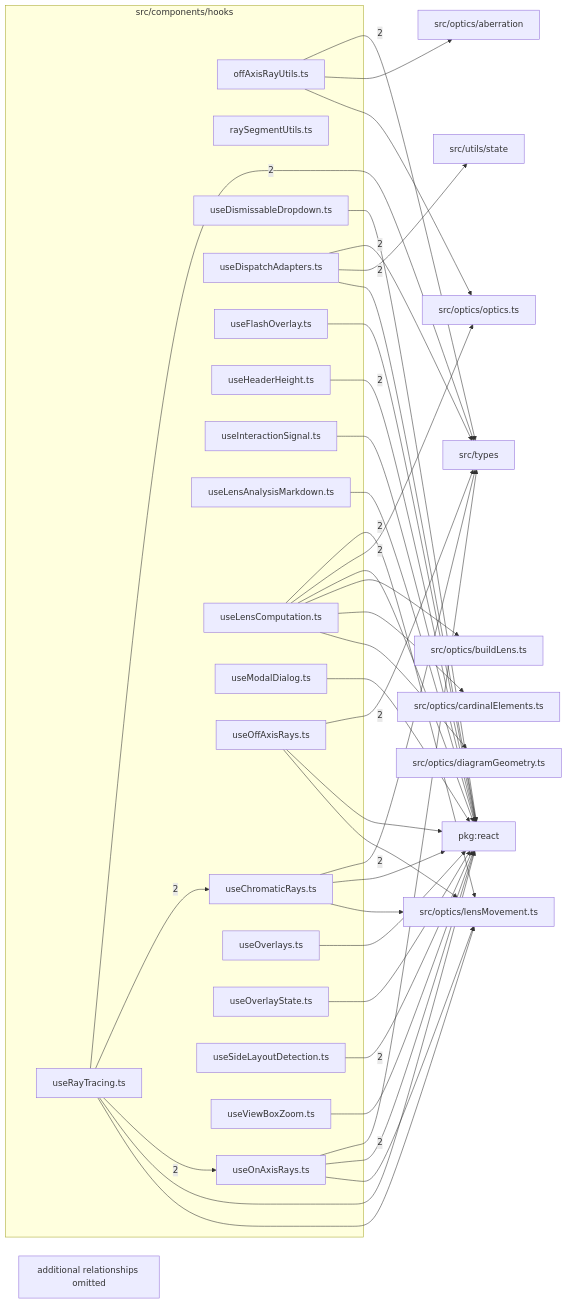
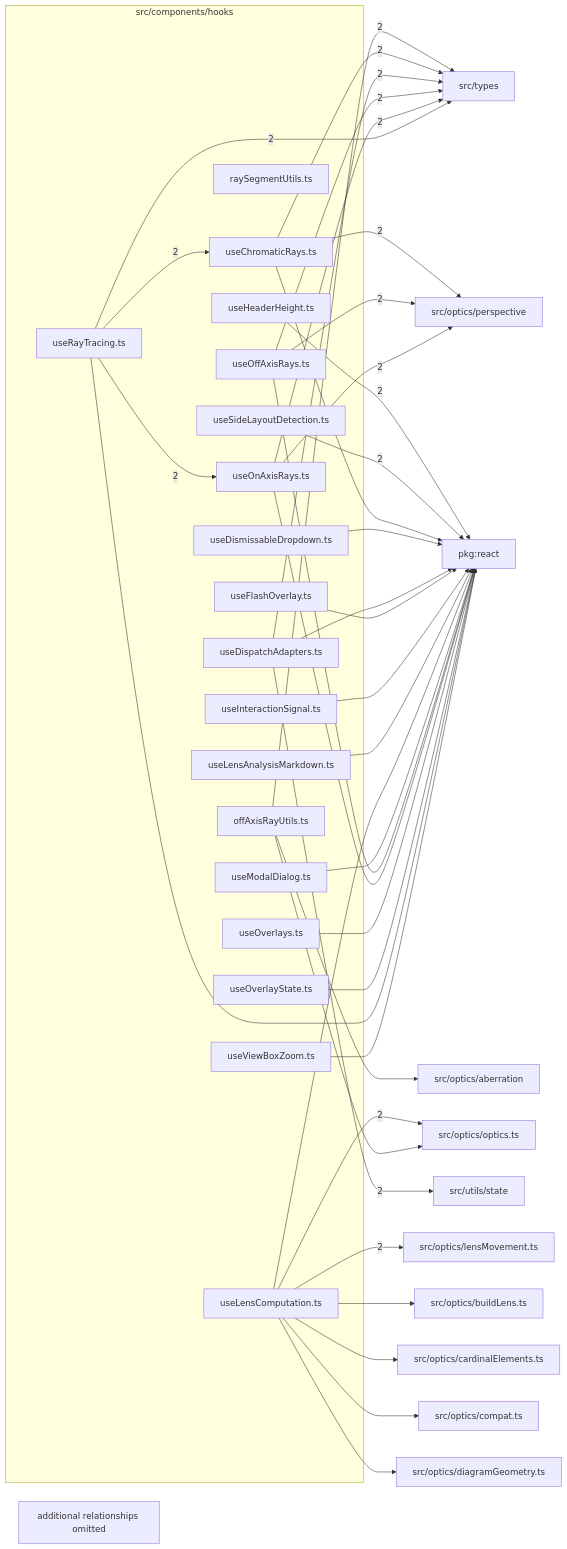
The diagram in src/components/hooks/readme.md (ronbuening/LensVisualizer), drawn with Mermaid before and after one commit. The commit also changed other lines of this file and 155 other files, not shown here.

````diff
--- a/src/components/hooks/readme.md
+++ b/src/components/hooks/readme.md
@@ -9,69 +9,71 @@
 ```mermaid
 flowchart LR
   subgraph n_src_components_hooks["src/components/hooks"]
     n_src_components_hooks_src_components_hooks_offAxisRayUtils_ts["offAxisRayUtils.ts"]
     n_src_components_hooks_src_components_hooks_raySegmentUtils_ts["raySegmentUtils.ts"]
     n_src_components_hooks_src_components_hooks_useChromaticRays_ts["useChromaticRays.ts"]
     n_src_components_hooks_src_components_hooks_useDismissableDropdown_ts["useDismissableDropdown.ts"]
     n_src_components_hooks_src_components_hooks_useDispatchAdapters_ts["useDispatchAdapters.ts"]
     n_src_components_hooks_src_components_hooks_useFlashOverlay_ts["useFlashOverlay.ts"]
     n_src_components_hooks_src_components_hooks_useHeaderHeight_ts["useHeaderHeight.ts"]
     n_src_components_hooks_src_components_hooks_useInteractionSignal_ts["useInteractionSignal.ts"]
     n_src_components_hooks_src_components_hooks_useLensAnalysisMarkdown_ts["useLensAnalysisMarkdown.ts"]
     n_src_components_hooks_src_components_hooks_useLensComputation_ts["useLensComputation.ts"]
     n_src_components_hooks_src_components_hooks_useModalDialog_ts["useModalDialog.ts"]
     n_src_components_hooks_src_components_hooks_useOffAxisRays_ts["useOffAxisRays.ts"]
     n_src_components_hooks_src_components_hooks_useOnAxisRays_ts["useOnAxisRays.ts"]
     n_src_components_hooks_src_components_hooks_useOverlays_ts["useOverlays.ts"]
     n_src_components_hooks_src_components_hooks_useOverlayState_ts["useOverlayState.ts"]
     n_src_components_hooks_src_components_hooks_useRayTracing_ts["useRayTracing.ts"]
     n_src_components_hooks_src_components_hooks_useSideLayoutDetection_ts["useSideLayoutDetection.ts"]
     n_src_components_hooks_src_components_hooks_useViewBoxZoom_ts["useViewBoxZoom.ts"]
   end
   n_external_pkg_react["pkg:react"]
   n_external_src_optics_lensMovement_ts["src/optics/lensMovement.ts"]
   n_external_src_optics_optics_ts["src/optics/optics.ts"]
+  n_external_src_optics_perspective["src/optics/perspective"]
   n_external_src_types["src/types"]
   n_external_src_utils_state["src/utils/state"]
   n_external_src_optics_aberration["src/optics/aberration"]
   n_external_src_optics_buildLens_ts["src/optics/buildLens.ts"]
   n_external_src_optics_cardinalElements_ts["src/optics/cardinalElements.ts"]
+  n_external_src_optics_compat_ts["src/optics/compat.ts"]
   n_external_src_optics_diagramGeometry_ts["src/optics/diagramGeometry.ts"]
   n_src_components_hooks_src_components_hooks_useHeaderHeight_ts --> |2| n_external_pkg_react
   n_src_components_hooks_src_components_hooks_useSideLayoutDetection_ts --> |2| n_external_pkg_react
   n_src_components_hooks_src_components_hooks_useLensComputation_ts --> |2| n_external_src_optics_lensMovement_ts
   n_src_components_hooks_src_components_hooks_useLensComputation_ts --> |2| n_external_src_optics_optics_ts
+  n_src_components_hooks_src_components_hooks_useChromaticRays_ts --> |2| n_external_src_optics_perspective
+  n_src_components_hooks_src_components_hooks_useOffAxisRays_ts --> |2| n_external_src_optics_perspective
+  n_src_components_hooks_src_components_hooks_useOnAxisRays_ts --> |2| n_external_src_optics_perspective
   n_src_components_hooks_src_components_hooks_offAxisRayUtils_ts --> |2| n_external_src_types
   n_src_components_hooks_src_components_hooks_useChromaticRays_ts --> |2| n_external_src_types
   n_src_components_hooks_src_components_hooks_useDispatchAdapters_ts --> |2| n_external_src_types
   n_src_components_hooks_src_components_hooks_useOffAxisRays_ts --> |2| n_external_src_types
   n_src_components_hooks_src_components_hooks_useOnAxisRays_ts --> |2| n_external_src_types
   n_src_components_hooks_src_components_hooks_useRayTracing_ts --> |2| n_external_src_types
   n_src_components_hooks_src_components_hooks_useDispatchAdapters_ts --> |2| n_external_src_utils_state
   n_src_components_hooks_src_components_hooks_useRayTracing_ts --> |2| n_src_components_hooks_src_components_hooks_useChromaticRays_ts
   n_src_components_hooks_src_components_hooks_useRayTracing_ts --> |2| n_src_components_hooks_src_components_hooks_useOnAxisRays_ts
   n_src_components_hooks_src_components_hooks_useChromaticRays_ts --> n_external_pkg_react
   n_src_components_hooks_src_components_hooks_useDismissableDropdown_ts --> n_external_pkg_react
   n_src_components_hooks_src_components_hooks_useDispatchAdapters_ts --> n_external_pkg_react
   n_src_components_hooks_src_components_hooks_useFlashOverlay_ts --> n_external_pkg_react
   n_src_components_hooks_src_components_hooks_useInteractionSignal_ts --> n_external_pkg_react
   n_src_components_hooks_src_components_hooks_useLensAnalysisMarkdown_ts --> n_external_pkg_react
   n_src_components_hooks_src_components_hooks_useLensComputation_ts --> n_external_pkg_react
   n_src_components_hooks_src_components_hooks_useModalDialog_ts --> n_external_pkg_react
   n_src_components_hooks_src_components_hooks_useOffAxisRays_ts --> n_external_pkg_react
   n_src_components_hooks_src_components_hooks_useOnAxisRays_ts --> n_external_pkg_react
   n_src_components_hooks_src_components_hooks_useOverlays_ts --> n_external_pkg_react
   n_src_components_hooks_src_components_hooks_useOverlayState_ts --> n_external_pkg_react
   n_src_components_hooks_src_components_hooks_useRayTracing_ts --> n_external_pkg_react
   n_src_components_hooks_src_components_hooks_useViewBoxZoom_ts --> n_external_pkg_react
   n_src_components_hooks_src_components_hooks_offAxisRayUtils_ts --> n_external_src_optics_aberration
   n_src_components_hooks_src_components_hooks_useLensComputation_ts --> n_external_src_optics_buildLens_ts
   n_src_components_hooks_src_components_hooks_useLensComputation_ts --> n_external_src_optics_cardinalElements_ts
+  n_src_components_hooks_src_components_hooks_useLensComputation_ts --> n_external_src_optics_compat_ts
   n_src_components_hooks_src_components_hooks_useLensComputation_ts --> n_external_src_optics_diagramGeometry_ts
-  n_src_components_hooks_src_components_hooks_useChromaticRays_ts --> n_external_src_optics_lensMovement_ts
-  n_src_components_hooks_src_components_hooks_useOffAxisRays_ts --> n_external_src_optics_lensMovement_ts
-  n_src_components_hooks_src_components_hooks_useOnAxisRays_ts --> n_external_src_optics_lensMovement_ts
-  n_src_components_hooks_src_components_hooks_useRayTracing_ts --> n_external_src_optics_lensMovement_ts
   n_src_components_hooks_src_components_hooks_offAxisRayUtils_ts --> n_external_src_optics_optics_ts
   n_src_components_hooks_truncated["additional relationships omitted"]
 ```
````
